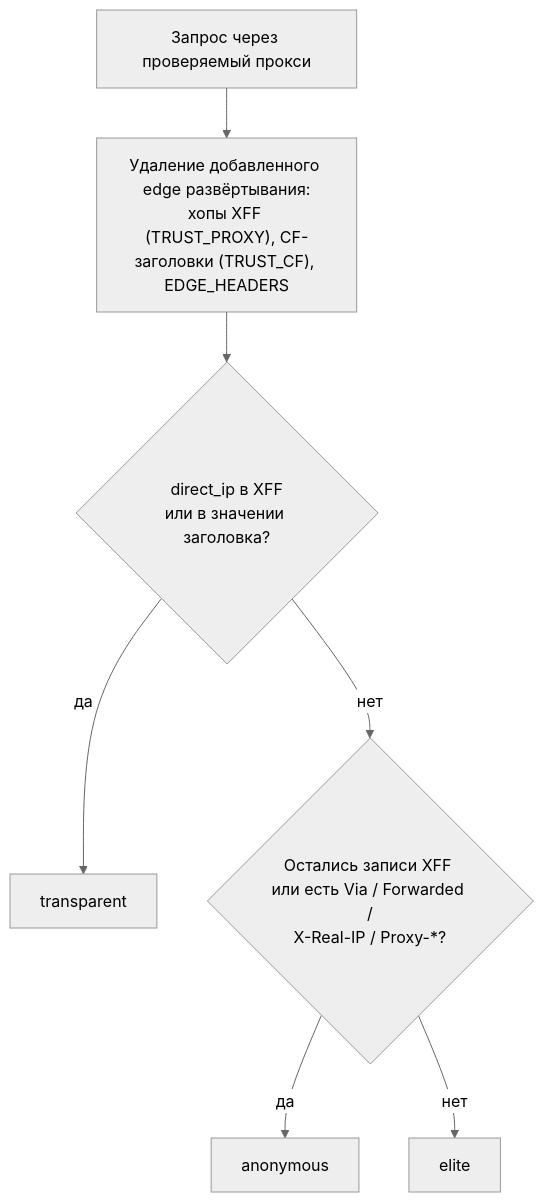
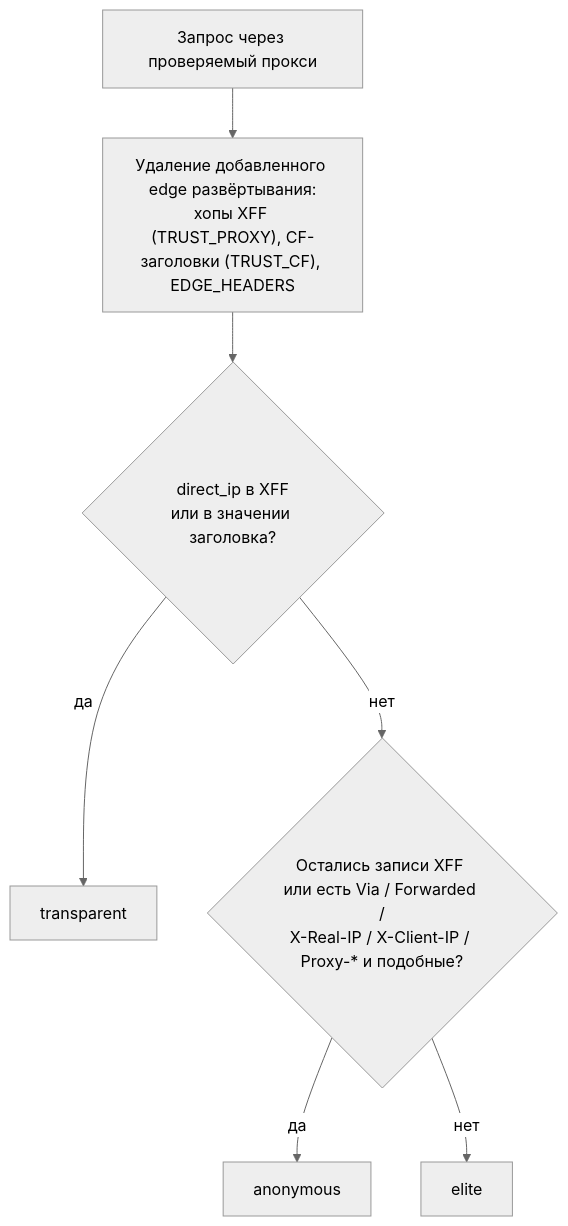
Before and after one commit to nechel12/proxpulse-judge: the diagram in README.ru.md, drawn with Mermaid (neutral theme). The commit also changed other lines of this file and 3 other files, not shown here.

First line of the commit message:
fix: count Client-IP and similar headers as proxy telltales

````diff
--- a/README.ru.md
+++ b/README.ru.md
@@ -328,9 +328,9 @@
 ```mermaid
 flowchart TD
     A[Запрос через проверяемый прокси] --> B["Удаление добавленного edge развёртывания:<br/>хопы XFF (TRUST_PROXY), CF-заголовки (TRUST_CF), EDGE_HEADERS"]
     B --> C{"direct_ip в XFF<br/>или в значении заголовка?"}
     C -- да --> T[transparent]
-    C -- нет --> D{"Остались записи XFF или есть Via / Forwarded /<br/>X-Real-IP / Proxy-*?"}
+    C -- нет --> D{"Остались записи XFF или есть Via / Forwarded /<br/>X-Real-IP / X-Client-IP / Proxy-* и подобные?"}
     D -- да --> N[anonymous]
     D -- нет --> E[elite]
 ```
````
